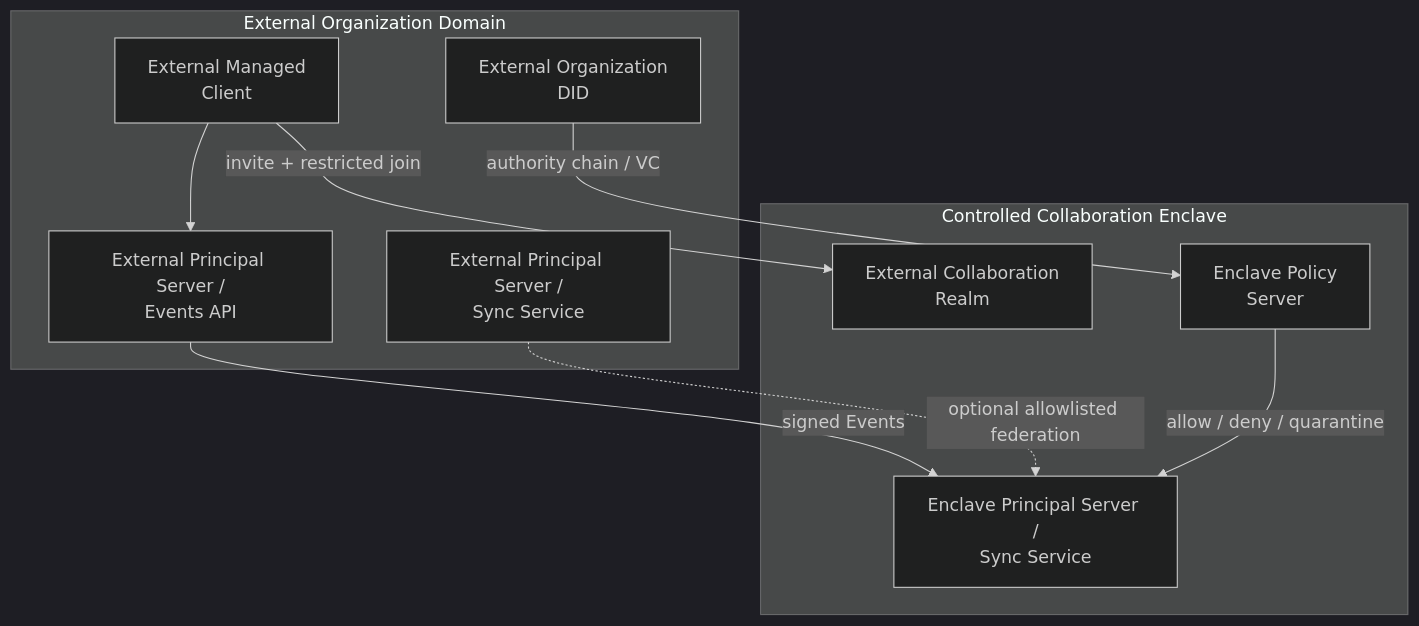
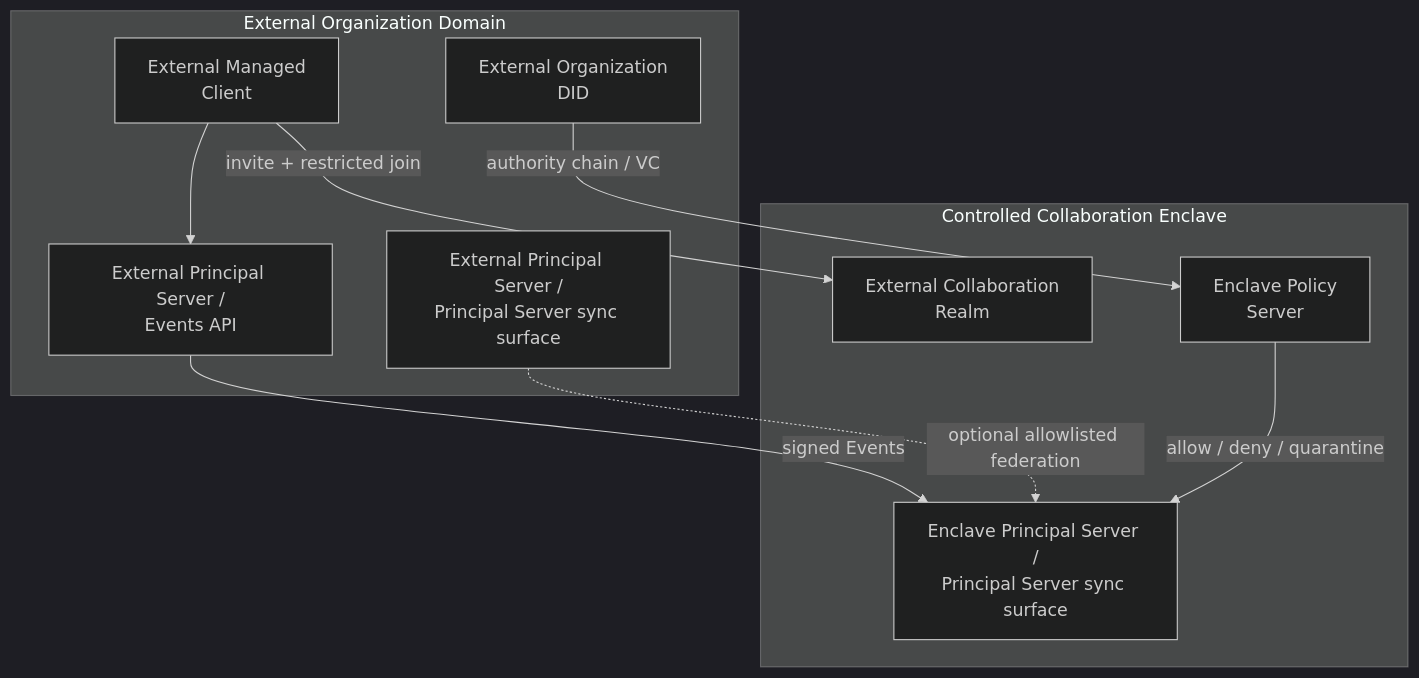
The second of 2 diagrams in spec/v1/zh/sync/sovereign-deployment.md (arkret-org/arkret-spec), drawn with Mermaid (dark theme) before and after one commit. The commit also changed other lines of this file and 178 other files, not shown here.

````diff
--- a/spec/v1/zh/sync/sovereign-deployment.md
+++ b/spec/v1/zh/sync/sovereign-deployment.md
@@ -81,22 +81,22 @@
 ```mermaid
 flowchart TB
     subgraph "External Organization Domain"
         EXTORG["External Organization<br/>DID"]
         EXTCLIENT["External Managed<br/>Client"]
         EXTAPI["External Principal Server /<br/>Events API"]
-        EXTSYNC["External Principal Server /<br/>Sync Service"]
+        EXTSYNC["External Principal Server /<br/>Principal Server sync surface"]
     end
 
     subgraph "Controlled Collaboration Enclave"
         ESPACE["External Collaboration<br/>Realm"]
         EPOL["Enclave Policy<br/>Server"]
-        ESYNC["Enclave Principal Server /<br/>Sync Service"]
+        ESYNC["Enclave Principal Server /<br/>Principal Server sync surface"]
     end
 
     EXTCLIENT -->|"invite + restricted join"| ESPACE
     EXTORG -->|"authority chain / VC"| EPOL
     EXTCLIENT --> EXTAPI
     EXTAPI -->|"signed Events"| ESYNC
     EXTSYNC -. "optional allowlisted federation" .-> ESYNC
     EPOL -->|"allow / deny / quarantine"| ESYNC
 ```
````
